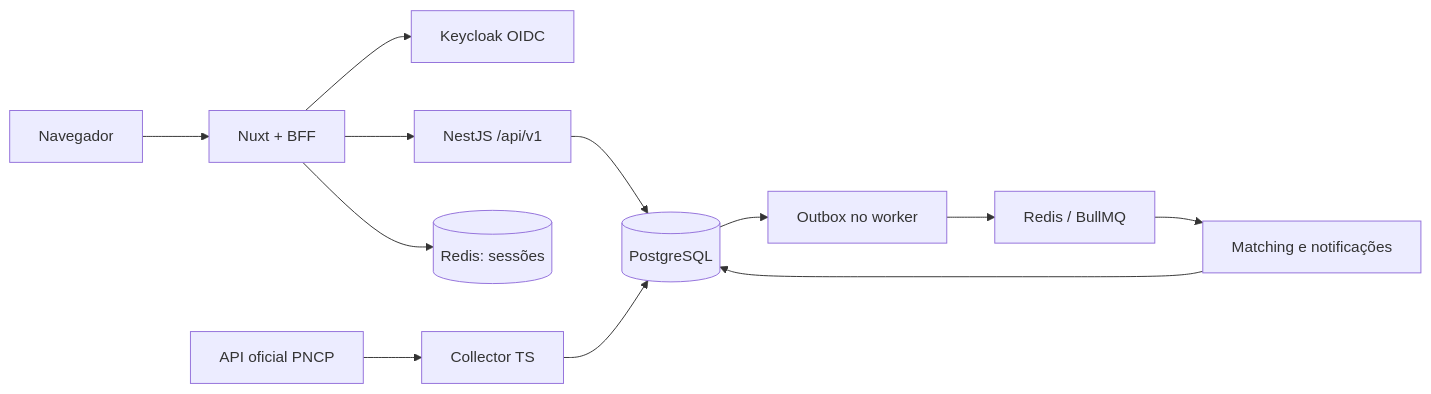
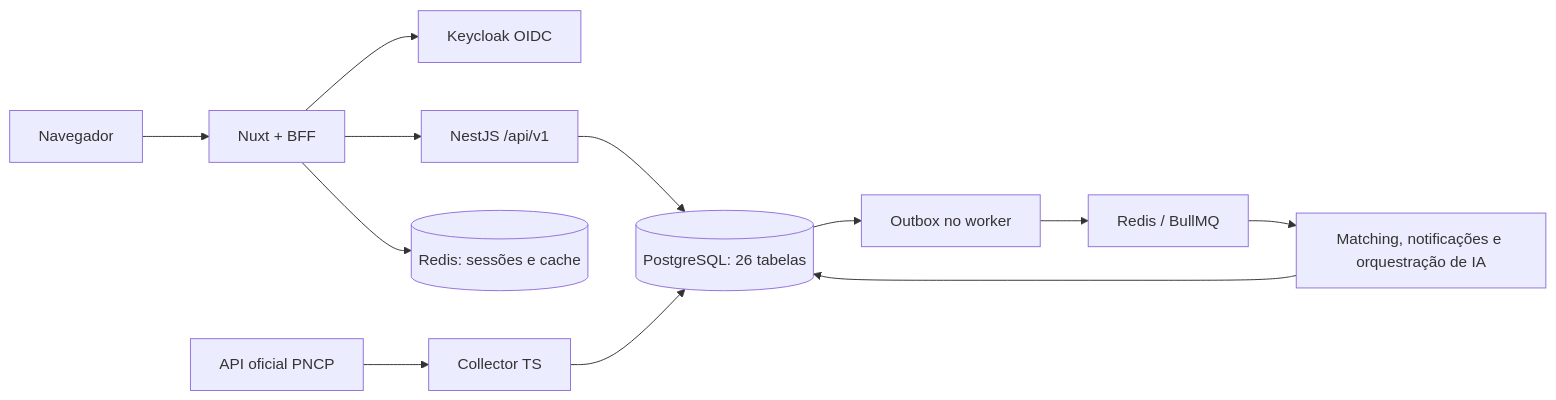
The diagram in docs/architecture/overview.md (bilboDocero/radar-licitacao), drawn with Mermaid before and after one commit. The commit also changed other lines of this file and 5 other files, not shown here.

````diff
--- a/docs/architecture/overview.md
+++ b/docs/architecture/overview.md
@@ -5,14 +5,14 @@
 ```mermaid
 flowchart LR
  Browser[Navegador] --> Web[Nuxt + BFF]
  Web --> Identity[Keycloak OIDC]
  Web --> API[NestJS /api/v1]
- Web --> Redis[(Redis: sessões)]
- API --> DB[(PostgreSQL)]
+ Web --> Redis[(Redis: sessões e cache)]
+ API --> DB[(PostgreSQL: 26 tabelas)]
  PNCP[API oficial PNCP] --> Collector[Collector TS]
  Collector --> DB
  DB --> Outbox[Outbox no worker]
  Outbox --> Jobs[Redis / BullMQ]
- Jobs --> Worker[Matching e notificações]
+ Jobs --> Worker[Matching, notificações e orquestração de IA]
  Worker --> DB
 ```
````
